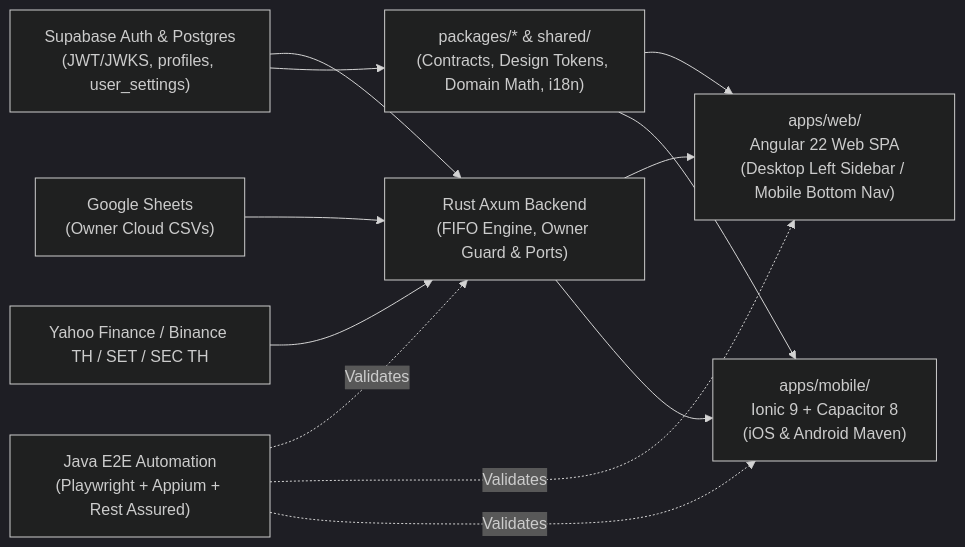
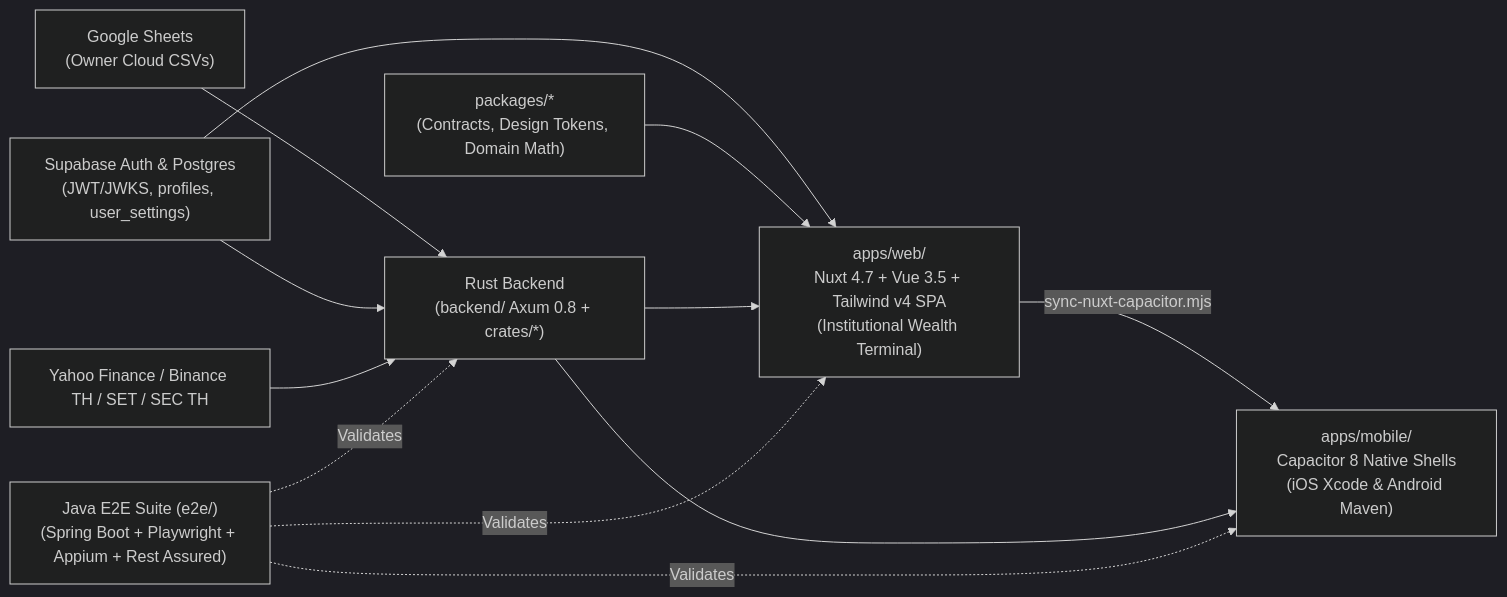
Before and after one commit to vipatpolk/SGSK-Wealth: the diagram in README.md, drawn with Mermaid (dark theme). The commit also changed other lines of this file and 408 other files, not shown here.

Commit message:
feat(web,backend,docs): migrate to Nuxt 4 wealth terminal, live parity for Analytics, Tools, PVD, dividends and docs

````diff
--- a/README.md
+++ b/README.md
@@ -44,14 +44,14 @@
 ```mermaid
 flowchart LR
-    DataSources["Google Sheets\n(Owner Cloud CSVs)"] --> Backend["Rust Axum Backend\n(FIFO Engine, Owner Guard & Ports)"]
+    DataSources["Google Sheets\n(Owner Cloud CSVs)"] --> Backend["Rust Backend\n(backend/ Axum 0.8 + crates/*)"]
     Supabase["Supabase Auth & Postgres\n(JWT/JWKS, profiles, user_settings)"] --> Backend
-    Supabase --> Shared["packages/* & shared/\n(Contracts, Design Tokens, Domain Math, i18n)"]
+    Supabase --> Web
     MarketData["Yahoo Finance / Binance TH / SET / SEC TH"] --> Backend
-    Shared --> Web["apps/web/\nAngular 22 Web SPA\n(Desktop Left Sidebar / Mobile Bottom Nav)"]
-    Shared --> Mobile["apps/mobile/\nIonic 9 + Capacitor 8\n(iOS & Android Maven)"]
+    Packages["packages/*\n(Contracts, Design Tokens, Domain Math)"] --> Web["apps/web/\nNuxt 4.7 + Vue 3.5 + Tailwind v4 SPA\n(Institutional Wealth Terminal)"]
+    Web -->|sync-nuxt-capacitor.mjs| Mobile["apps/mobile/\nCapacitor 8 Native Shells\n(iOS Xcode & Android Maven)"]
     Backend --> Web
     Backend --> Mobile
-    E2E["Java E2E Automation\n(Playwright + Appium + Rest Assured)"] -. Validates .-> Backend
+    E2E["Java E2E Suite (e2e/)\n(Spring Boot + Playwright + Appium + Rest Assured)"] -. Validates .-> Backend
     E2E -. Validates .-> Web
     E2E -. Validates .-> Mobile
 ```
````
